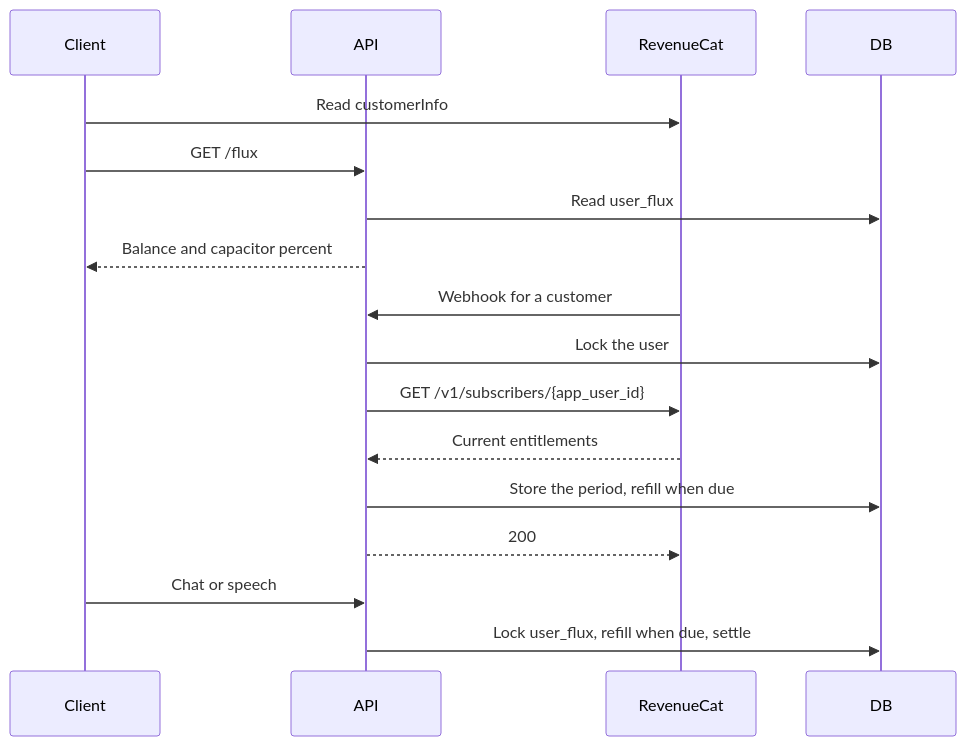
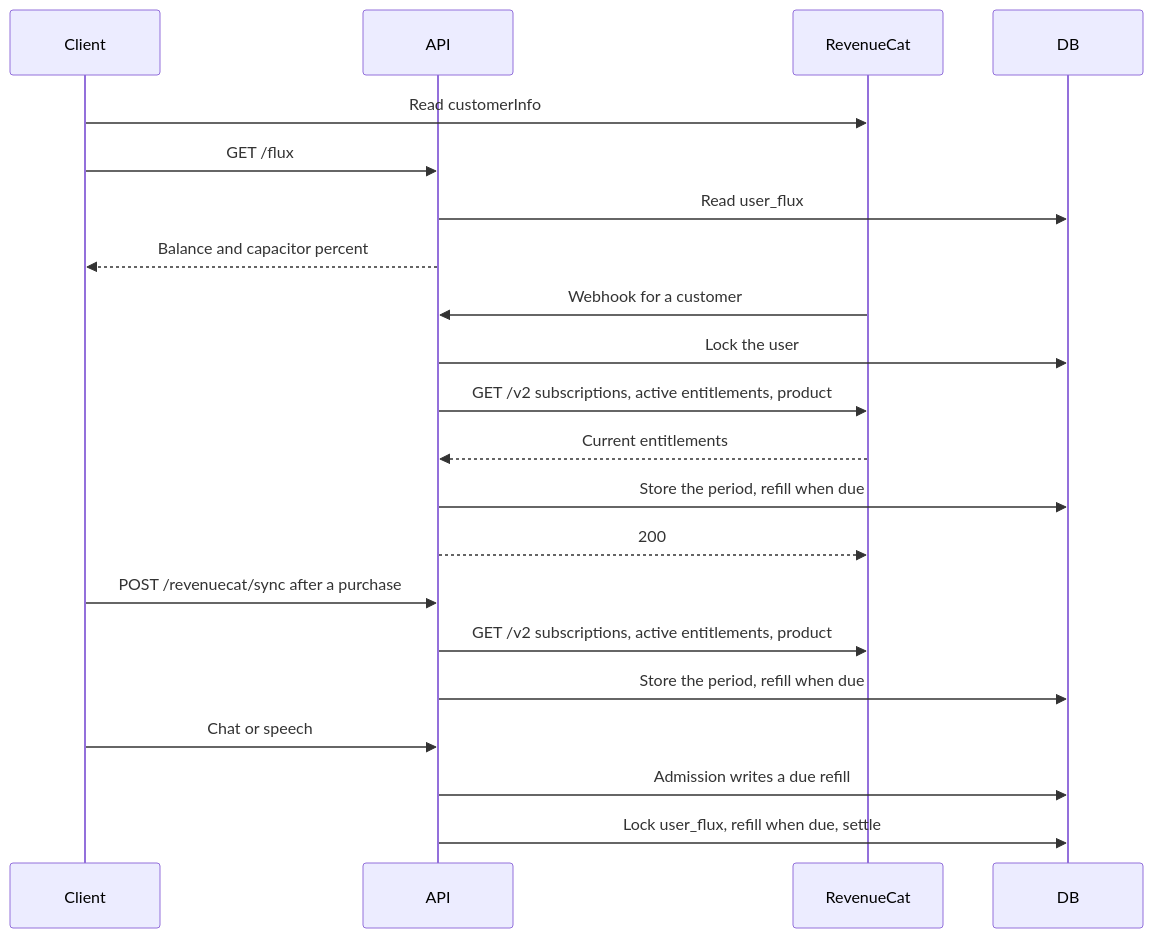
One commit to ZhuangRenyang/airi changed the second of 2 diagrams in server/docs/ai/adr/2026-10-04-subscription-credits.md. Above: the diagram before and after it, drawn with Mermaid. The commit also changed other lines of this file and 27 other files, not shown here.

````diff
--- a/server/docs/ai/adr/2026-10-04-subscription-credits.md
+++ b/server/docs/ai/adr/2026-10-04-subscription-credits.md
@@ -163,19 +202,23 @@
 ```mermaid
 sequenceDiagram
   participant Client
   participant API
   participant RC as RevenueCat
   participant DB
   Client->>RC: Read customerInfo
   Client->>API: GET /flux
   API->>DB: Read user_flux
   API-->>Client: Balance and capacitor percent
   RC->>API: Webhook for a customer
   API->>DB: Lock the user
-  API->>RC: GET /v1/subscribers/{app_user_id}
+  API->>RC: GET /v2 subscriptions, active entitlements, product
   RC-->>API: Current entitlements
   API->>DB: Store the period, refill when due
   API-->>RC: 200
+  Client->>API: POST /revenuecat/sync after a purchase
+  API->>RC: GET /v2 subscriptions, active entitlements, product
+  API->>DB: Store the period, refill when due
   Client->>API: Chat or speech
+  API->>DB: Admission writes a due refill
   API->>DB: Lock user_flux, refill when due, settle
 ```
````
